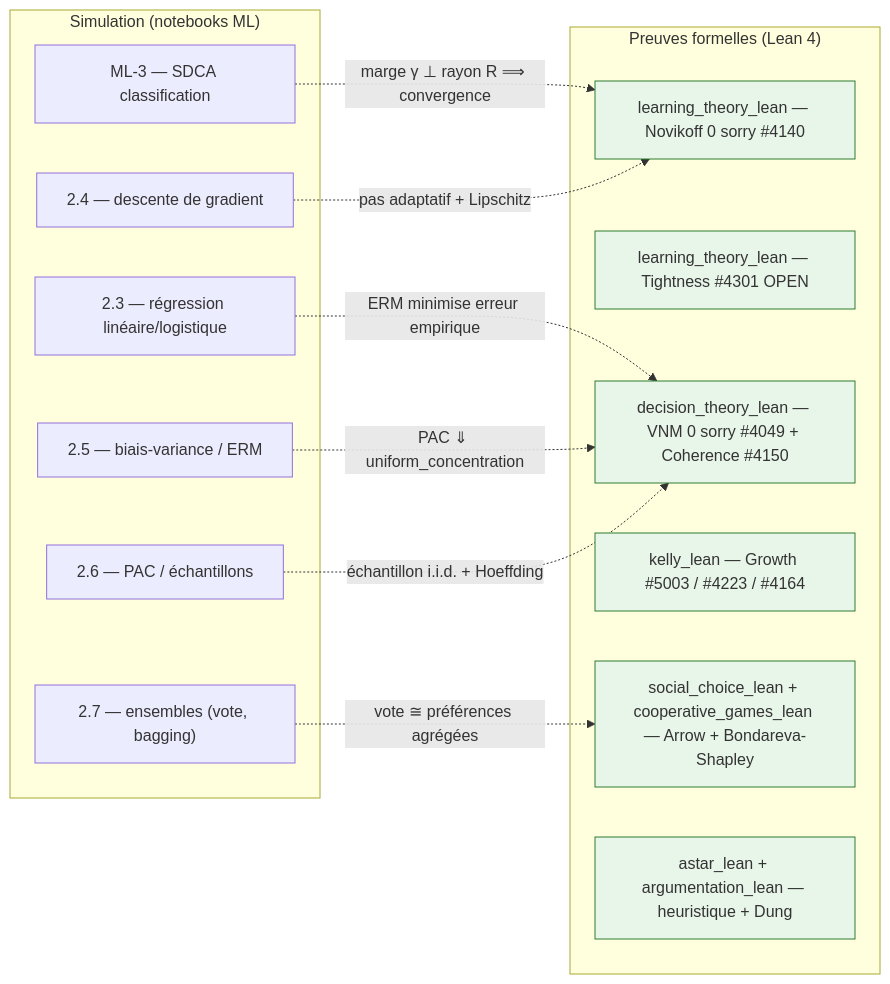
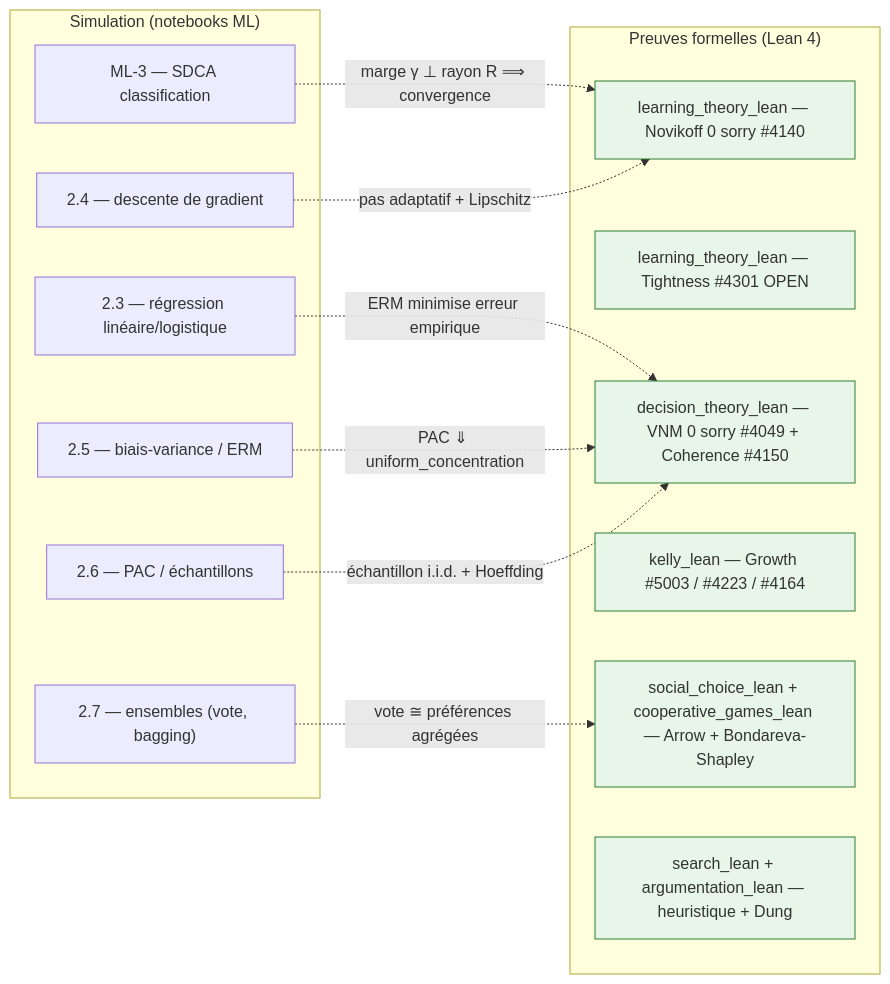
Before and after one commit to jsboige/CoursIA: the diagram in MyIA.AI.Notebooks/ML/README.md, drawn with Mermaid. The commit also changed other lines of this file and 28 other files, not shown here.

````diff
--- a/MyIA.AI.Notebooks/ML/README.md
+++ b/MyIA.AI.Notebooks/ML/README.md
@@ -246,31 +246,31 @@
 ```mermaid
 flowchart LR
     subgraph SIM["Simulation (notebooks ML)"]
         NB1["ML-3 — SDCA classification"]
         NB2["2.3 — régression linéaire/logistique"]
         NB3["2.4 — descente de gradient"]
         NB4["2.5 — biais-variance / ERM"]
         NB5["2.7 — ensembles (vote, bagging)"]
         NB6["2.6 — PAC / échantillons"]
     end
     subgraph LEAN["Preuves formelles (Lean 4)"]
         L1["learning_theory_lean — Novikoff 0 sorry #4140"]
         L2["learning_theory_lean — Tightness #4301 OPEN"]
         L3["decision_theory_lean — VNM 0 sorry #4049 + Coherence #4150"]
         L4["kelly_lean — Growth #5003 / #4223 / #4164"]
         L5["social_choice_lean + cooperative_games_lean — Arrow + Bondareva-Shapley"]
-        L6["astar_lean + argumentation_lean — heuristique + Dung"]
+        L6["search_lean + argumentation_lean — heuristique + Dung"]
     end
     NB1 -. "marge γ ⊥ rayon R ⟹ convergence" .-> L1
     NB2 -. "ERM minimise erreur empirique" .-> L3
     NB3 -. "pas adaptatif + Lipschitz" .-> L1
     NB4 -. "PAC ⇓ uniform_concentration" .-> L3
     NB5 -. "vote ≅ préférences agrégées" .-> L5
     NB6 -. "échantillon i.i.d. + Hoeffding" .-> L3
     style L1 fill:#e8f5e9,stroke:#2e7d32
     style L2 fill:#e8f5e9,stroke:#2e7d32
     style L3 fill:#e8f5e9,stroke:#2e7d32
     style L4 fill:#e8f5e9,stroke:#2e7d32
     style L5 fill:#e8f5e9,stroke:#2e7d32
     style L6 fill:#e8f5e9,stroke:#2e7d32
 ```
````
